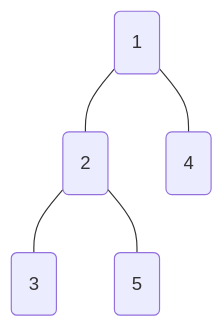
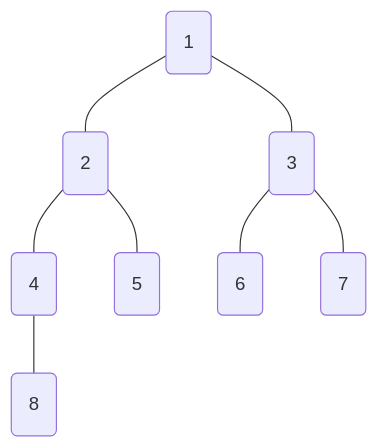
The diagram in HW02_DSA(2)/BFS.md (Austin1153/DSA), drawn with Mermaid before and after one commit. The commit also changed other lines of this file and 9 other files, not shown here.

````diff
--- a/HW02_DSA(2)/BFS.md
+++ b/HW02_DSA(2)/BFS.md
@@ -2,12 +2,18 @@
 ```mermaid
  graph TD
 	A1(1)
 	A2(2)
 	A3(3)
 	A4(4)
 	A5(5)
+	A6(6)
+	A7(7)
+	A8(8)
 	A1 --- A2
-	A1 --- A4
-	A2 --- A3
+	A1 --- A3
+	A2 --- A4
 	A2 --- A5
+	A3 --- A6
+	A3 --- A7
+	A4 --- A8
 ```
````
